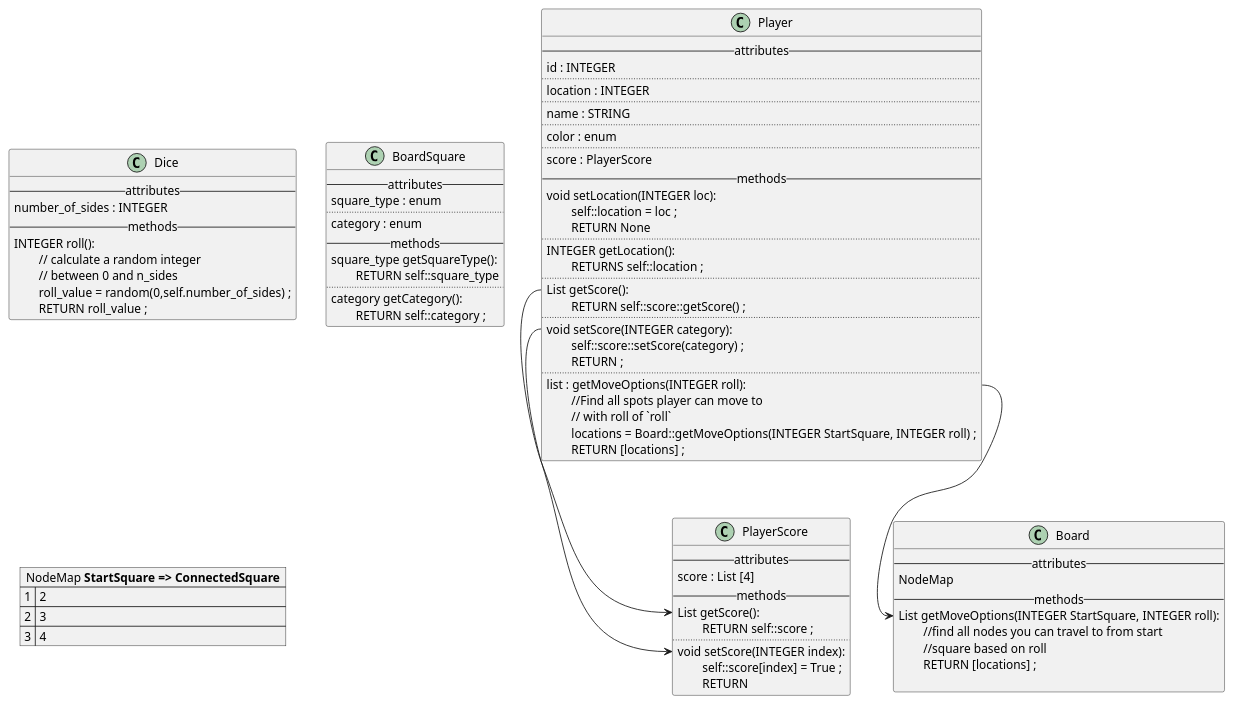
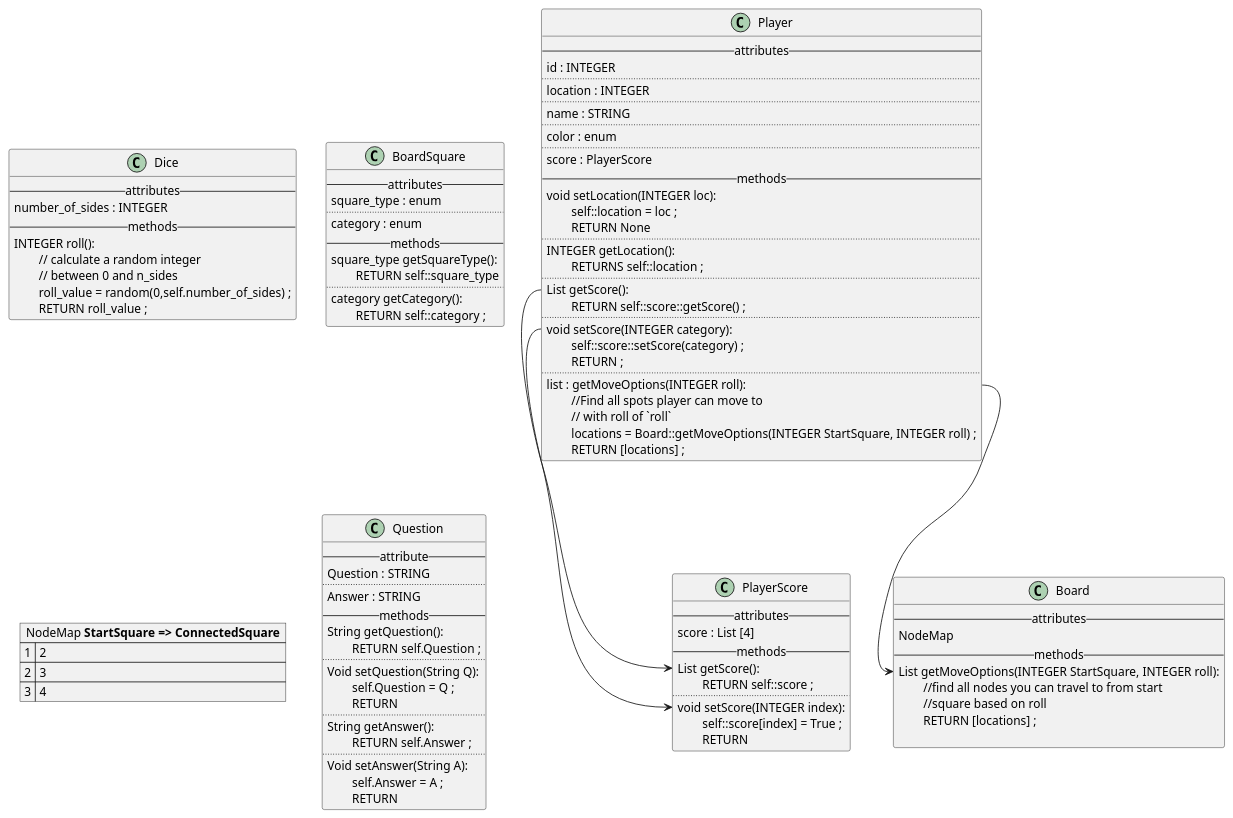
The diagram in Class_Diagrams/pseudocode.puml (ttimmer2/TrivialCompute), drawn with PlantUML before and after one commit.

Commit message:
add question class

```diff
--- a/Class_Diagrams/pseudocode.puml
+++ b/Class_Diagrams/pseudocode.puml
@@ -1,107 +1,128 @@
 @startuml
 ' Class definitions and pseudocode
 class Player {
   --attributes--
   id : INTEGER
   ..
   location : INTEGER
   ..
   name : STRING
   ..
   color : enum
   ..
   score : PlayerScore
   --methods--
   void setLocation(INTEGER loc):
   \tself::location = loc ;
   \tRETURN None
   ..
   INTEGER getLocation():
   \tRETURNS self::location ;
   ..
   List getScore():
   \tRETURN self::score::getScore() ;
   ..
   void setScore(INTEGER category):
   \tself::score::setScore(category) ;
   \tRETURN ;
   ..
   list : getMoveOptions(INTEGER roll):
   \t//Find all spots player can move to
   \t// with roll of `roll`
   \tlocations = Board::getMoveOptions(INTEGER StartSquare, INTEGER roll) ;
   \tRETURN [locations] ;
 }
 
 class PlayerScore{
   --attributes--
   score : List [4]
   --methods--
   List getScore():
   \tRETURN self::score ;
   ..
   void setScore(INTEGER index):
   \tself::score[index] = True ;
   \tRETURN
 }
 
 class Dice{
   --attributes--
   number_of_sides : INTEGER
   --methods--
   INTEGER roll():
   \t// calculate a random integer
   \t// between 0 and n_sides
   \troll_value = random(0,self.number_of_sides) ;
   \tRETURN roll_value ;
 }
 
 class BoardSquare{
   --attributes--
   square_type : enum
   ..
   category : enum
   --methods--
   square_type getSquareType():
   \tRETURN self::square_type
   ..
   category getCategory():
   \tRETURN self::category ;
 }
 
 map "NodeMap **StartSquare => ConnectedSquare**" as NodeMap {
 1 => 2
 2 => 3
 3 => 4
 }
 
 Class Board{
   --attributes--
   NodeMap
   --methods--
   List getMoveOptions(INTEGER StartSquare, INTEGER roll):
   \t//find all nodes you can travel to from start
   \t//square based on roll
   \tRETURN [locations] ;
 
 }
 
+Class Question{
+  --attribute--
+  Question : STRING
+  ..
+  Answer : STRING
+  --methods--
+  String getQuestion():
+  \tRETURN self.Question ;
+  ..
+  Void setQuestion(String Q):
+  \tself.Question = Q ;
+  \tRETURN
+  ..
+  String getAnswer():
+  \tRETURN self.Answer ;
+  ..
+  Void setAnswer(String A):
+  \tself.Answer = A ;
+  \tRETURN
+}
+
 ' attribute connections
 'Player::location <-- Player::getLocation
 'Player::location <-- Player::setLocation
 Player::getScore --> PlayerScore::getScore
 Player::setScore --> PlayerScore::setScore
 Player::getMoveOptions --> Board::getMoveOptions
 
 /'
     When Given <some precondition>
 
 And <additional preconditions> Optional
 
 When <an action/trigger occurs>
 
 Then <some post condition>
 
 And <additional post conditions> Optional
 '/
 @enduml
```
